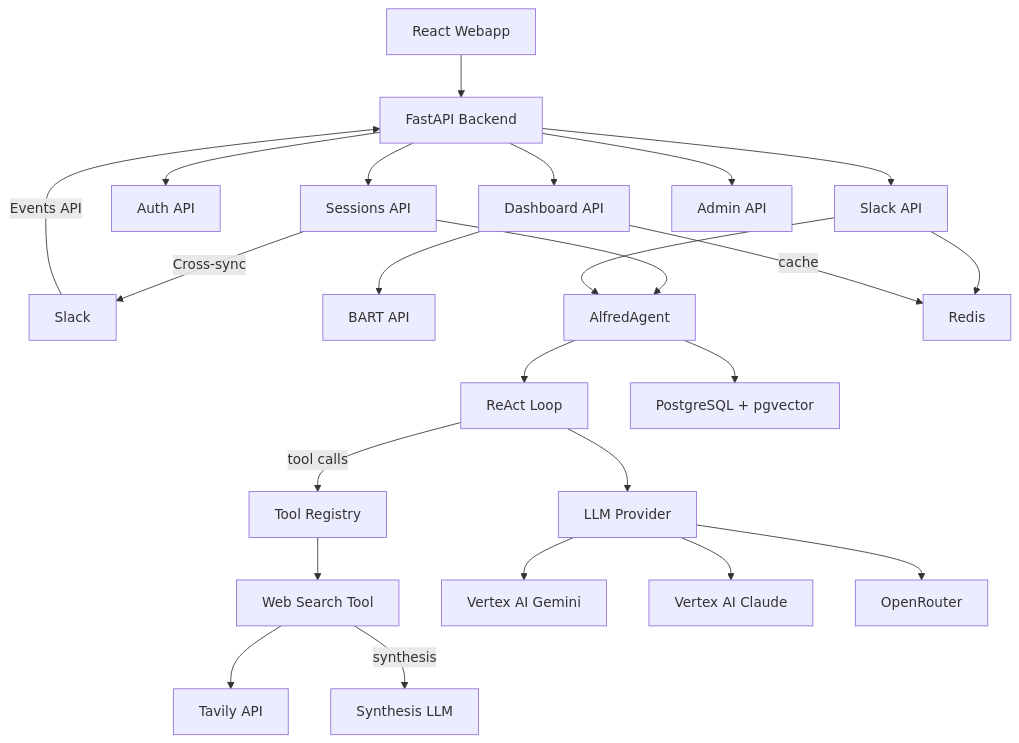
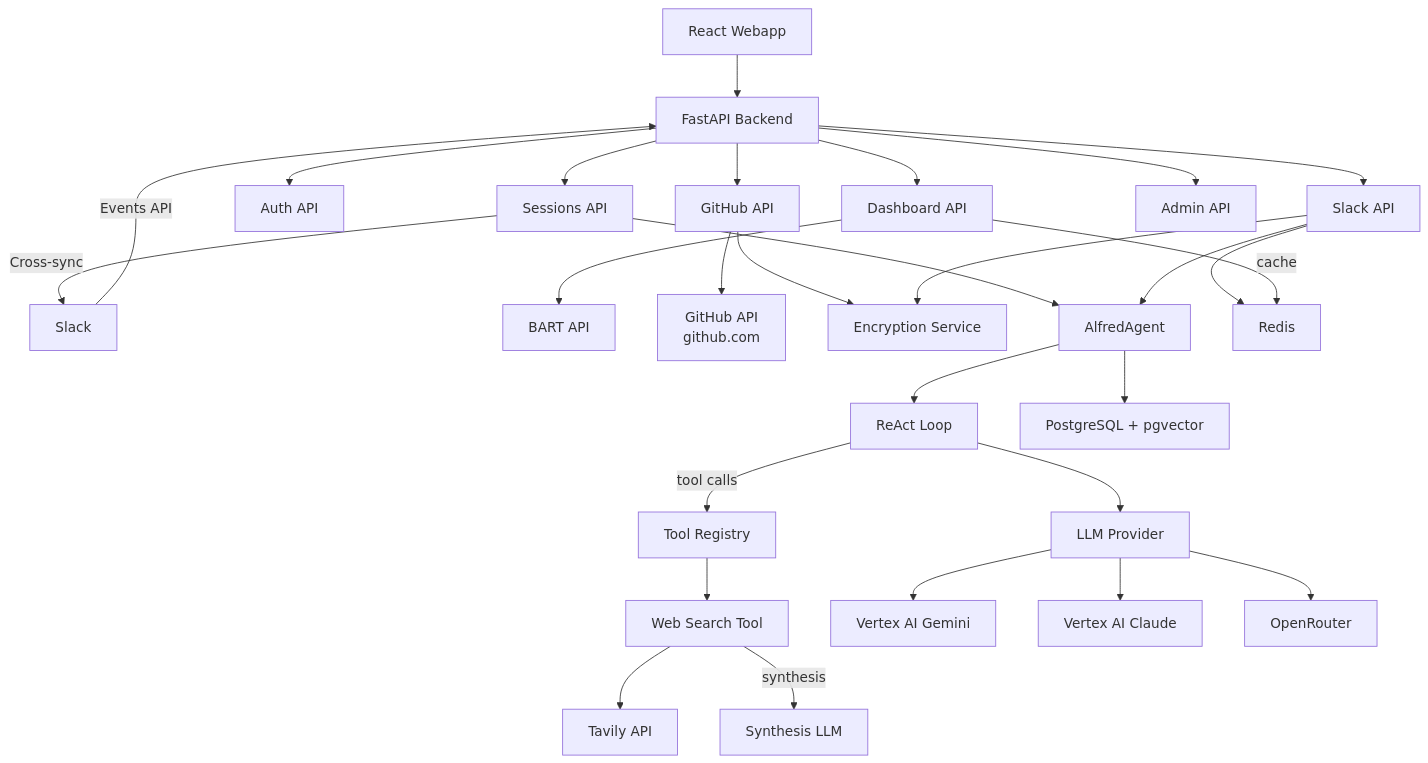
One commit to tekkno89/alfred-pa changed the diagram in .claude/diagrams/architecture.md. Above: the diagram before and after it, drawn with Mermaid. The commit also changed other lines of this file and 45 other files, not shown here.

First line of the commit message:
feat: Add GitHub integration with per-user App configs, OAuth, PAT, and envelope encryption

````diff
--- a/.claude/diagrams/architecture.md
+++ b/.claude/diagrams/architecture.md
@@ -5,26 +5,30 @@
 ```mermaid
 graph TD
     A[React Webapp] --> B[FastAPI Backend]
     C[Slack] -->|Events API| B
     B --> D[Sessions API]
     B --> E[Auth API]
     B --> S[Slack API]
     B --> DA[Dashboard API]
+    B --> GH[GitHub API]
     B --> AD[Admin API]
     DA --> BART[BART API]
+    GH --> GHA[GitHub API<br/>github.com]
+    GH --> ENC[Encryption Service]
+    S --> ENC
     D --> F[AlfredAgent]
     S --> F
     F --> G[ReAct Loop]
     G --> H[LLM Provider]
     G -->|tool calls| T[Tool Registry]
     T --> WS[Web Search Tool]
     WS --> TV[Tavily API]
     WS -->|synthesis| H2[Synthesis LLM]
     H --> I[Vertex AI Gemini]
     H --> J[Vertex AI Claude]
     H --> K[OpenRouter]
     F --> L[PostgreSQL + pgvector]
     S --> M[Redis]
     DA -->|cache| M
     D -->|Cross-sync| C
 ```
````
